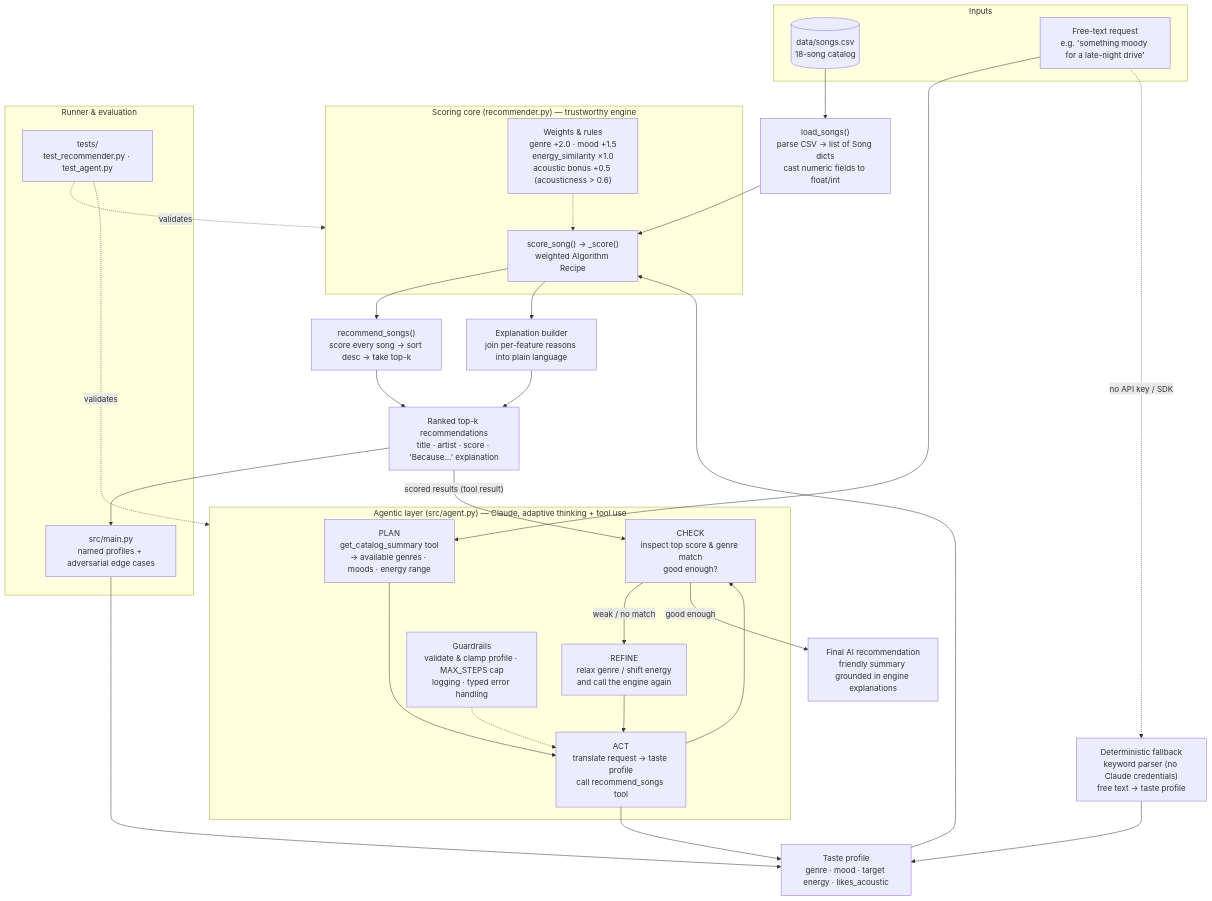
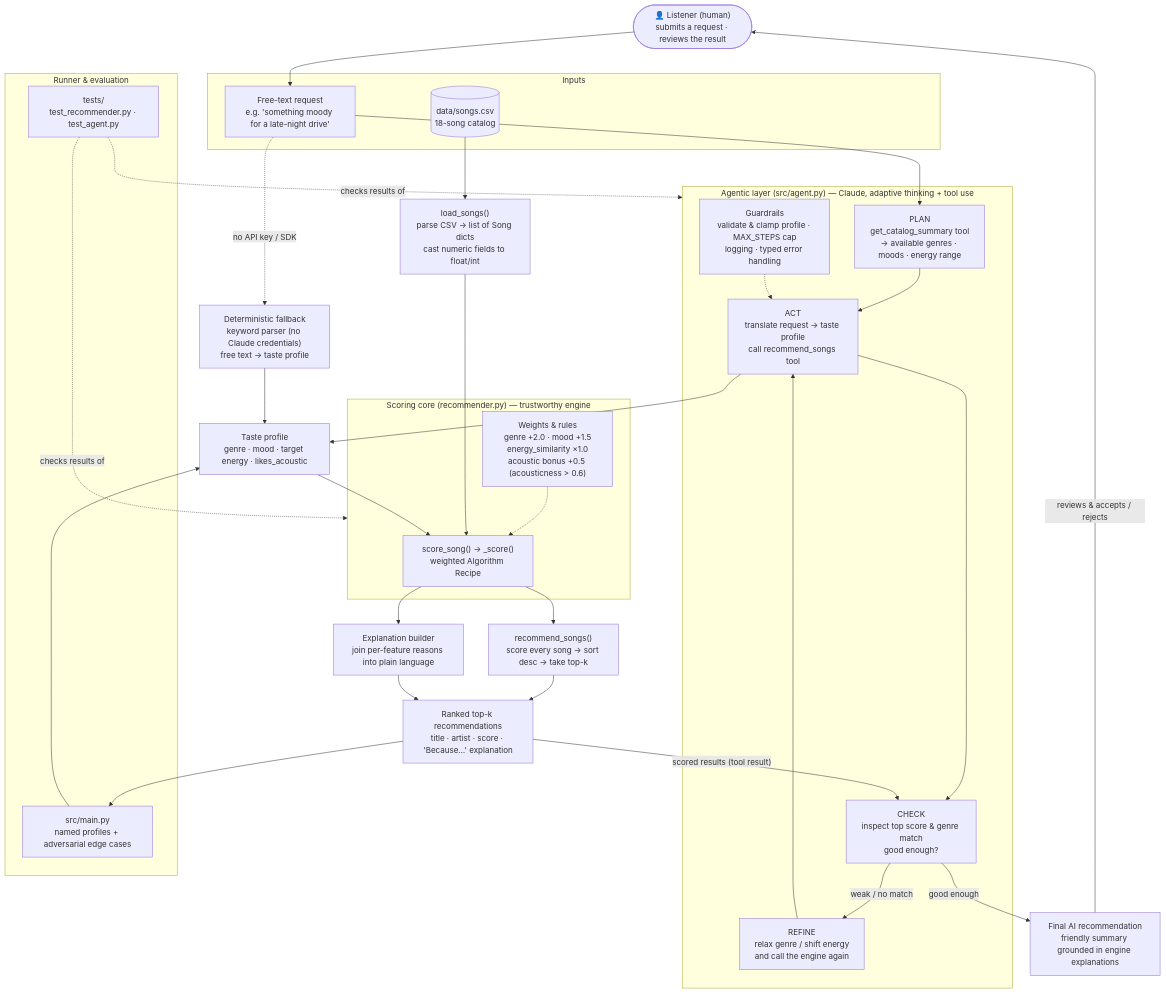
Before and after one commit to pkr85941/applied-ai-system-project: the diagram in diagrams/architecture.mmd, drawn with Mermaid. The commit also changed 1 other file, not shown here.

```diff
--- a/diagrams/architecture.mmd
+++ b/diagrams/architecture.mmd
@@ -1,77 +1,82 @@
 %% VibeFinder 2.0 — System Architecture
 %% Content-based music recommender with an agentic AI layer (Claude tool-use).
 %% Source of truth for the architecture diagram; export a PNG to assets/ for the README.
 
 flowchart TD
-    %% ---- Inputs ----
+    %% ---- Human + Inputs ----
+    Human(["👤 Listener (human)<br/>submits a request · reviews the result"])
     subgraph Inputs["Inputs"]
         CSV[("data/songs.csv<br/>18-song catalog")]
         Req["Free-text request<br/>e.g. 'something moody for a late-night drive'"]
     end
+    Human --> Req
 
     %% ---- Data loading ----
     Load["load_songs()<br/>parse CSV → list of Song dicts<br/>cast numeric fields to float/int"]
     CSV --> Load
 
     %% ---- Agentic AI layer ----
     subgraph Agent["Agentic layer (src/agent.py) — Claude, adaptive thinking + tool use"]
         Plan["PLAN<br/>get_catalog_summary tool<br/>→ available genres · moods · energy range"]
         Act["ACT<br/>translate request → taste profile<br/>call recommend_songs tool"]
         Check["CHECK<br/>inspect top score &amp; genre match<br/>good enough?"]
         Refine["REFINE<br/>relax genre / shift energy<br/>and call the engine again"]
         Guard["Guardrails<br/>validate &amp; clamp profile · MAX_STEPS cap<br/>logging · typed error handling"]
 
         Plan --> Act
         Act --> Check
         Check -->|"weak / no match"| Refine
         Refine --> Act
         Guard -.-> Act
     end
 
     Req --> Plan
 
     %% ---- Fallback (no credentials) ----
     Fallback["Deterministic fallback<br/>keyword parser (no Claude credentials)<br/>free text → taste profile"]
     Req -.->|"no API key / SDK"| Fallback
 
     %% ---- Taste profile ----
     Prefs["Taste profile<br/>genre · mood · target energy · likes_acoustic"]
     Act --> Prefs
     Fallback --> Prefs
 
     %% ---- Scoring core ----
     subgraph Scoring["Scoring core (recommender.py) — trustworthy engine"]
         Score["score_song() → _score()<br/>weighted Algorithm Recipe"]
         Weights["Weights &amp; rules<br/>genre +2.0 · mood +1.5<br/>energy_similarity ×1.0<br/>acoustic bonus +0.5 (acousticness &gt; 0.6)"]
         Weights -.-> Score
     end
 
     Load --> Score
     Prefs --> Score
 
     %% ---- Ranking ----
     Rank["recommend_songs()<br/>score every song → sort desc → take top-k"]
     Score --> Rank
 
     %% ---- Explanation ----
     Explain["Explanation builder<br/>join per-feature reasons into plain language"]
     Score --> Explain
 
     %% ---- Output ----
     Out["Ranked top-k recommendations<br/>title · artist · score · 'Because…' explanation"]
     Rank --> Out
     Explain --> Out
 
-    %% ---- Results feed back to the agent's CHECK step ----
+    %% ---- Results feed back to the agent's CHECK step (AI self-verification) ----
     Out -->|"scored results (tool result)"| Check
     Check -->|"good enough"| Final["Final AI recommendation<br/>friendly summary grounded in engine explanations"]
 
-    %% ---- Harness / evaluation ----
+    %% ---- Human reviews the AI result (human-in-the-loop check) ----
+    Final -->|"reviews &amp; accepts / rejects"| Human
+
+    %% ---- Harness / evaluation (automated checks on AI results) ----
     subgraph Harness["Runner &amp; evaluation"]
         Main["src/main.py<br/>named profiles + adversarial edge cases"]
         Tests["tests/<br/>test_recommender.py · test_agent.py"]
     end
     Main --> Prefs
     Out --> Main
-    Tests -.validates.-> Scoring
-    Tests -.validates.-> Agent
+    Tests -.checks results of.-> Scoring
+    Tests -.checks results of.-> Agent
```
